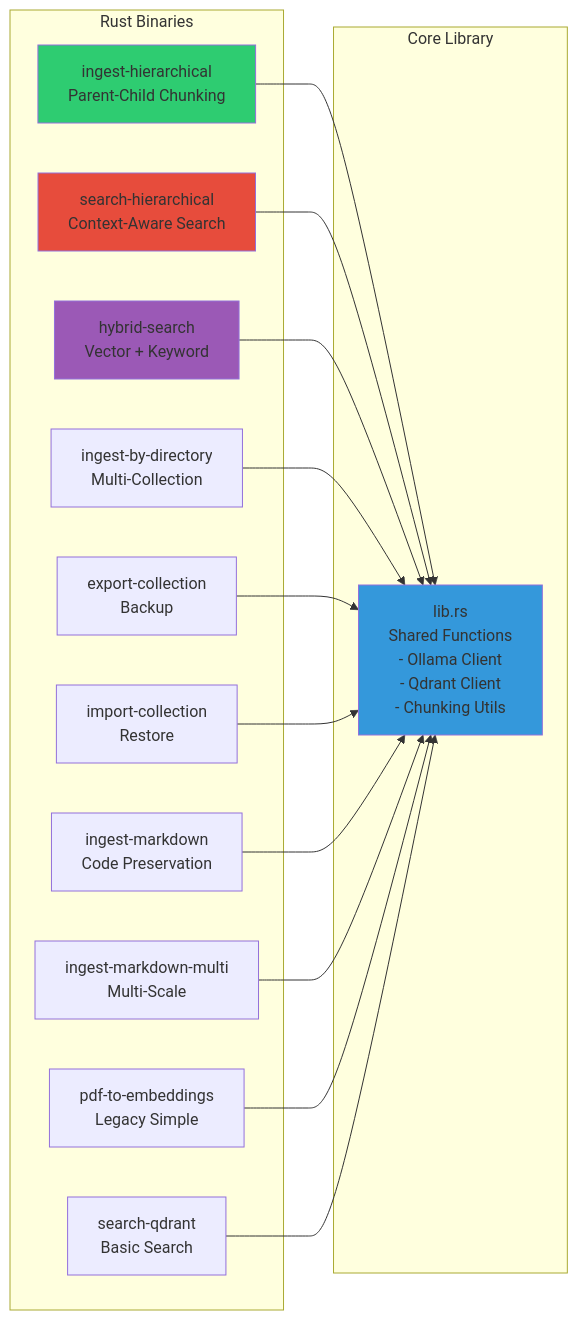
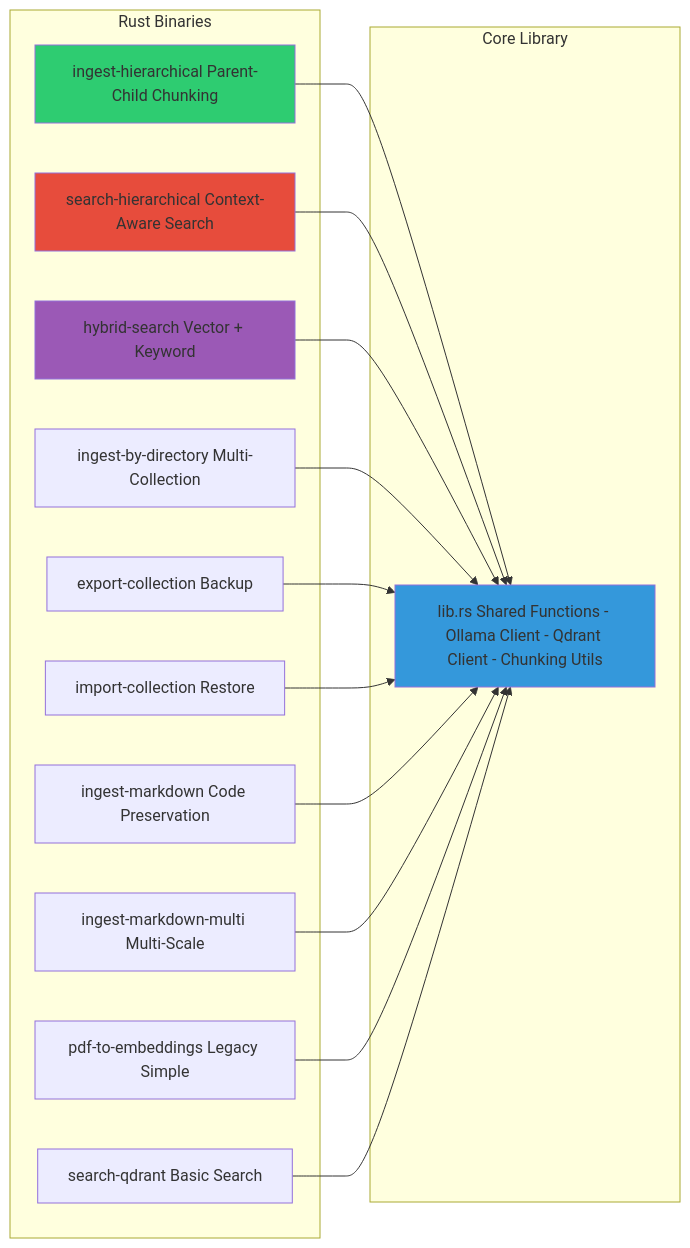
Before and after one commit to softwarewrighter/rag-demo: the second of 2 diagrams in wiki/Architecture-Overview.md, drawn with Mermaid. The commit also changed other lines of this file and 7 other files, not shown here.

````diff
--- a/wiki/Architecture-Overview.md
+++ b/wiki/Architecture-Overview.md
@@ -71,35 +71,35 @@
 ```mermaid
 graph LR
     subgraph "Rust Binaries"
-        IH[ingest-hierarchical<br/>Parent-Child Chunking]
-        SH[search-hierarchical<br/>Context-Aware Search]
-        HS[hybrid-search<br/>Vector + Keyword]
-        IBD[ingest-by-directory<br/>Multi-Collection]
-        EXP[export-collection<br/>Backup]
-        IMP[import-collection<br/>Restore]
-        IM[ingest-markdown<br/>Code Preservation]
-        IMM[ingest-markdown-multi<br/>Multi-Scale]
-        P2E[pdf-to-embeddings<br/>Legacy Simple]
-        SQ[search-qdrant<br/>Basic Search]
+        IH[ingest-hierarchical Parent-Child Chunking]
+        SH[search-hierarchical Context-Aware Search]
+        HS[hybrid-search Vector + Keyword]
+        IBD[ingest-by-directory Multi-Collection]
+        EXP[export-collection Backup]
+        IMP[import-collection Restore]
+        IM[ingest-markdown Code Preservation]
+        IMM[ingest-markdown-multi Multi-Scale]
+        P2E[pdf-to-embeddings Legacy Simple]
+        SQ[search-qdrant Basic Search]
     end
 
     subgraph "Core Library"
-        LIB[lib.rs<br/>Shared Functions<br/>- Ollama Client<br/>- Qdrant Client<br/>- Chunking Utils]
+        LIB[lib.rs Shared Functions - Ollama Client - Qdrant Client - Chunking Utils]
     end
 
     IH --> LIB
     SH --> LIB
     HS --> LIB
     IBD --> LIB
     EXP --> LIB
     IMP --> LIB
     IM --> LIB
     IMM --> LIB
     P2E --> LIB
     SQ --> LIB
 
     style IH fill:#2ecc71
     style SH fill:#e74c3c
     style HS fill:#9b59b6
     style LIB fill:#3498db
 ```
````
